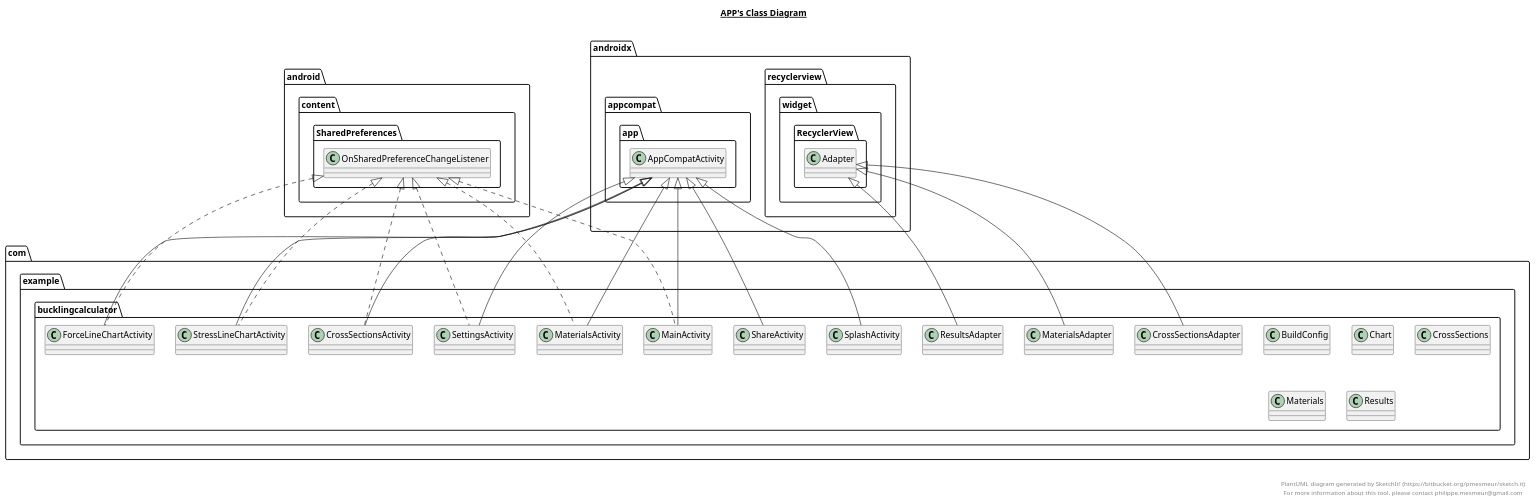
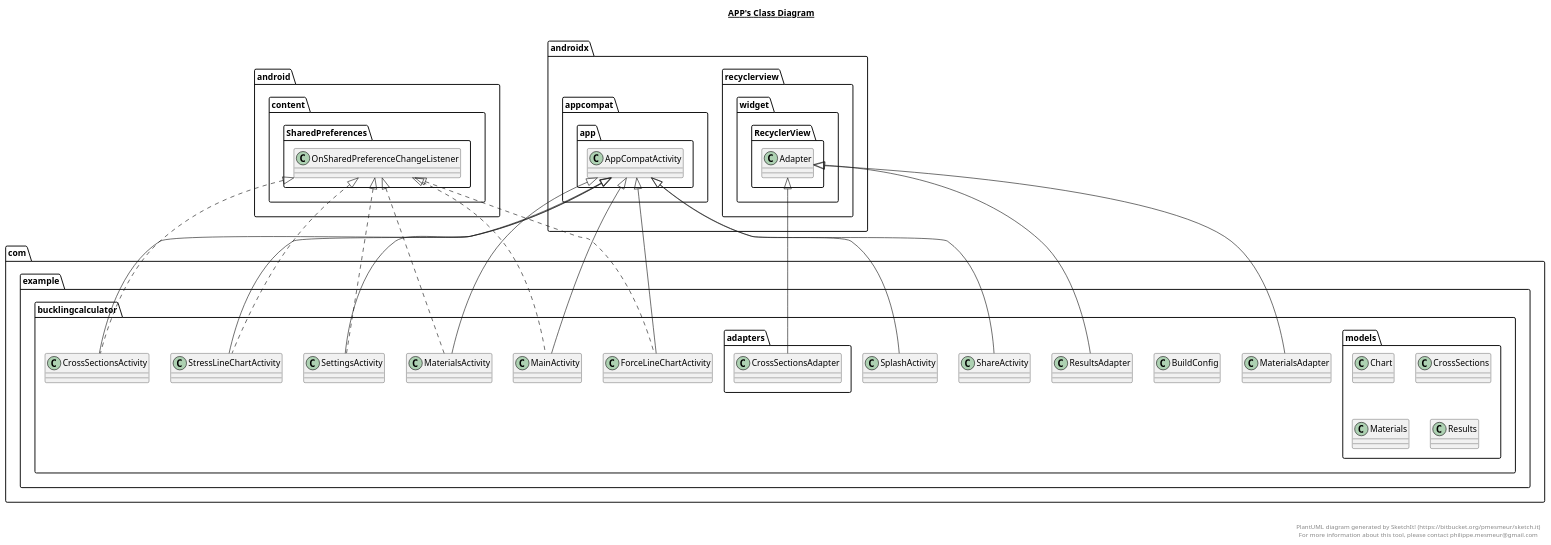
One commit to lucasmari/buckling-app changed the diagram in BucklingCalculator/app/app.plantuml. Above: the diagram before and after it, drawn with PlantUML. The commit also changed 33 other files, not shown here.

```diff
--- a/BucklingCalculator/app/app.plantuml
+++ b/BucklingCalculator/app/app.plantuml
@@ -1,127 +1,127 @@
 @startuml
 
 title __APP's Class Diagram__\n
 
   namespace com.example.bucklingcalculator {
     class com.example.bucklingcalculator.BuildConfig {
     }
   }
   
 
   namespace com.example.bucklingcalculator {
-    class com.example.bucklingcalculator.Chart {
+    class com.example.bucklingcalculator.models.Chart {
     }
   }
   
 
   namespace com.example.bucklingcalculator {
-    class com.example.bucklingcalculator.CrossSections {
+    class com.example.bucklingcalculator.models.CrossSections {
     }
   }
   
 
   namespace com.example.bucklingcalculator {
     class com.example.bucklingcalculator.CrossSectionsActivity {
     }
   }
   
 
   namespace com.example.bucklingcalculator {
-    class com.example.bucklingcalculator.CrossSectionsAdapter {
+    class com.example.bucklingcalculator.adapters.CrossSectionsAdapter {
     }
   }
   
 
   namespace com.example.bucklingcalculator {
     class com.example.bucklingcalculator.ForceLineChartActivity {
     }
   }
   
 
   namespace com.example.bucklingcalculator {
     class com.example.bucklingcalculator.MainActivity {
     }
   }
   
 
   namespace com.example.bucklingcalculator {
-    class com.example.bucklingcalculator.Materials {
+    class com.example.bucklingcalculator.models.Materials {
     }
   }
   
 
   namespace com.example.bucklingcalculator {
     class com.example.bucklingcalculator.MaterialsActivity {
     }
   }
   
 
   namespace com.example.bucklingcalculator {
     class com.example.bucklingcalculator.MaterialsAdapter {
     }
   }
   
 
   namespace com.example.bucklingcalculator {
-    class com.example.bucklingcalculator.Results {
+    class com.example.bucklingcalculator.models.Results {
     }
   }
   
 
   namespace com.example.bucklingcalculator {
     class com.example.bucklingcalculator.ResultsAdapter {
     }
   }
   
 
   namespace com.example.bucklingcalculator {
     class com.example.bucklingcalculator.SettingsActivity {
     }
   }
   
 
   namespace com.example.bucklingcalculator {
     class com.example.bucklingcalculator.ShareActivity {
     }
   }
   
 
   namespace com.example.bucklingcalculator {
     class com.example.bucklingcalculator.SplashActivity {
     }
   }
   
 
   namespace com.example.bucklingcalculator {
     class com.example.bucklingcalculator.StressLineChartActivity {
     }
   }
   
 
   com.example.bucklingcalculator.CrossSectionsActivity .up.|> android.content.SharedPreferences.OnSharedPreferenceChangeListener
   com.example.bucklingcalculator.CrossSectionsActivity -up-|> androidx.appcompat.app.AppCompatActivity
-  com.example.bucklingcalculator.CrossSectionsAdapter -up-|> androidx.recyclerview.widget.RecyclerView.Adapter
+  com.example.bucklingcalculator.adapters.CrossSectionsAdapter -up-|> androidx.recyclerview.widget.RecyclerView.Adapter
   com.example.bucklingcalculator.ForceLineChartActivity .up.|> android.content.SharedPreferences.OnSharedPreferenceChangeListener
   com.example.bucklingcalculator.ForceLineChartActivity -up-|> androidx.appcompat.app.AppCompatActivity
   com.example.bucklingcalculator.MainActivity .up.|> android.content.SharedPreferences.OnSharedPreferenceChangeListener
   com.example.bucklingcalculator.MainActivity -up-|> androidx.appcompat.app.AppCompatActivity
   com.example.bucklingcalculator.MaterialsActivity .up.|> android.content.SharedPreferences.OnSharedPreferenceChangeListener
   com.example.bucklingcalculator.MaterialsActivity -up-|> androidx.appcompat.app.AppCompatActivity
   com.example.bucklingcalculator.MaterialsAdapter -up-|> androidx.recyclerview.widget.RecyclerView.Adapter
   com.example.bucklingcalculator.ResultsAdapter -up-|> androidx.recyclerview.widget.RecyclerView.Adapter
   com.example.bucklingcalculator.SettingsActivity .up.|> android.content.SharedPreferences.OnSharedPreferenceChangeListener
   com.example.bucklingcalculator.SettingsActivity -up-|> androidx.appcompat.app.AppCompatActivity
   com.example.bucklingcalculator.ShareActivity -up-|> androidx.appcompat.app.AppCompatActivity
   com.example.bucklingcalculator.SplashActivity -up-|> androidx.appcompat.app.AppCompatActivity
   com.example.bucklingcalculator.StressLineChartActivity .up.|> android.content.SharedPreferences.OnSharedPreferenceChangeListener
   com.example.bucklingcalculator.StressLineChartActivity -up-|> androidx.appcompat.app.AppCompatActivity
 
 
 right footer
 
 
 PlantUML diagram generated by SketchIt! (https://bitbucket.org/pmesmeur/sketch.it)
 For more information about this tool, please contact philippe.mesmeur@gmail.com
 endfooter
 
 @enduml
```
